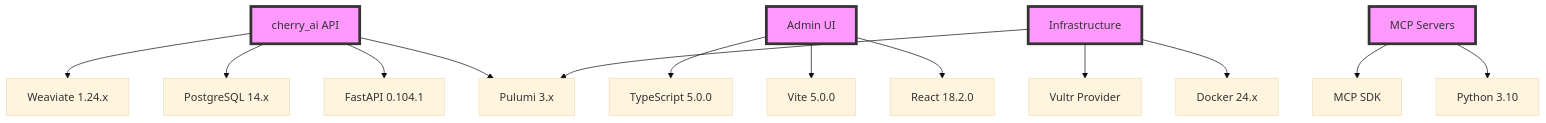
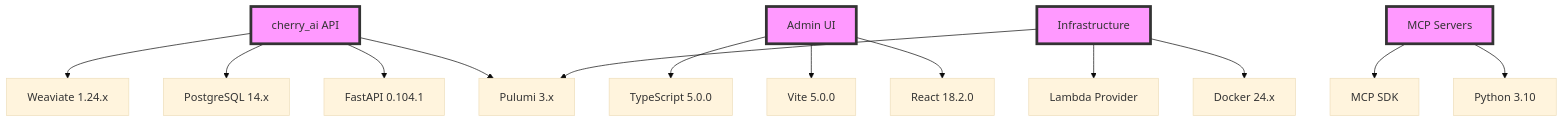
Before and after one commit to ai-cherry/orchestra-main: the diagram in orchestration/version_management_report.md, drawn with Mermaid (base theme). The commit also changed other lines of this file and 519 other files, not shown here.

````diff
--- a/orchestration/version_management_report.md
+++ b/orchestration/version_management_report.md
@@ -116,23 +116,23 @@
 ```mermaid
 graph TD
     A[cherry_ai API] --> B[FastAPI 0.104.1]
     A --> C[PostgreSQL 14.x]
     A --> D[Weaviate 1.24.x]
     A --> E[Pulumi 3.x]
     
     F[Admin UI] --> G[React 18.2.0]
     F --> H[Vite 5.0.0]
     F --> I[TypeScript 5.0.0]
     
     J[MCP Servers] --> K[Python 3.10]
     J --> L[MCP SDK]
     
     M[Infrastructure] --> N[Docker 24.x]
-    M --> O[Vultr Provider]
+    M --> O[Lambda Provider]
     M --> E
     
     style A fill:#f9f,stroke:#333,stroke-width:4px
     style F fill:#f9f,stroke:#333,stroke-width:4px
     style J fill:#f9f,stroke:#333,stroke-width:4px
     style M fill:#f9f,stroke:#333,stroke-width:4px
 ```
````
